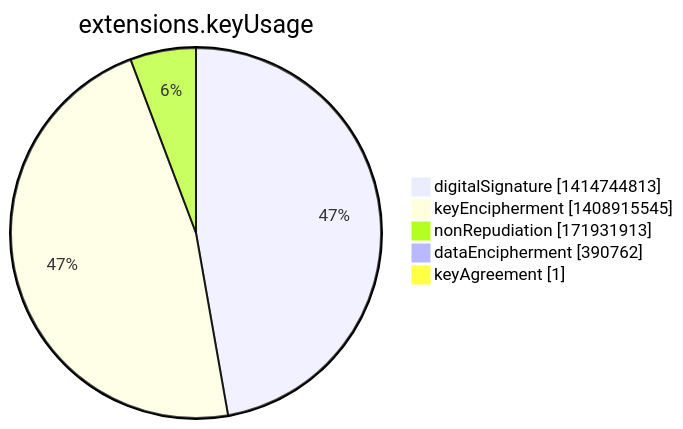
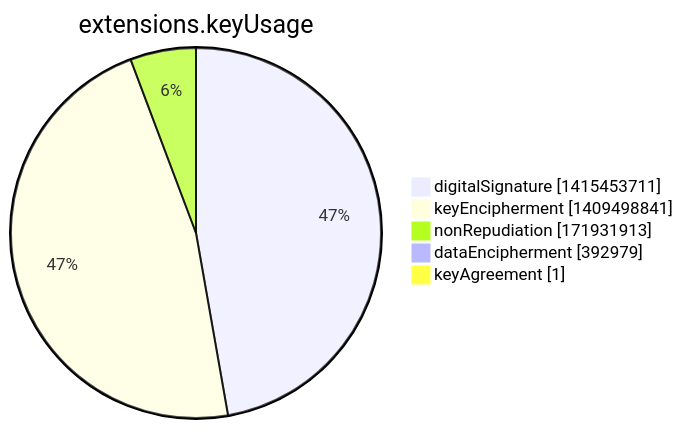
The seventh of 15 diagrams in argon2022/README.md (christiankrug/ctmonitor_visualization), drawn with Mermaid before and after one commit. The commit also changed other lines of this file, not shown here.

````diff
--- a/argon2022/README.md
+++ b/argon2022/README.md
@@ -2751,9 +2751,9 @@
 ```mermaid
 pie showData
 title extensions.keyUsage
-"digitalSignature" :1414744813
-"keyEncipherment" :1408915545
+"digitalSignature" :1415453711
+"keyEncipherment" :1409498841
 "nonRepudiation" :171931913
-"dataEncipherment" :390762
+"dataEncipherment" :392979
 "keyAgreement" :1
 ```
````
